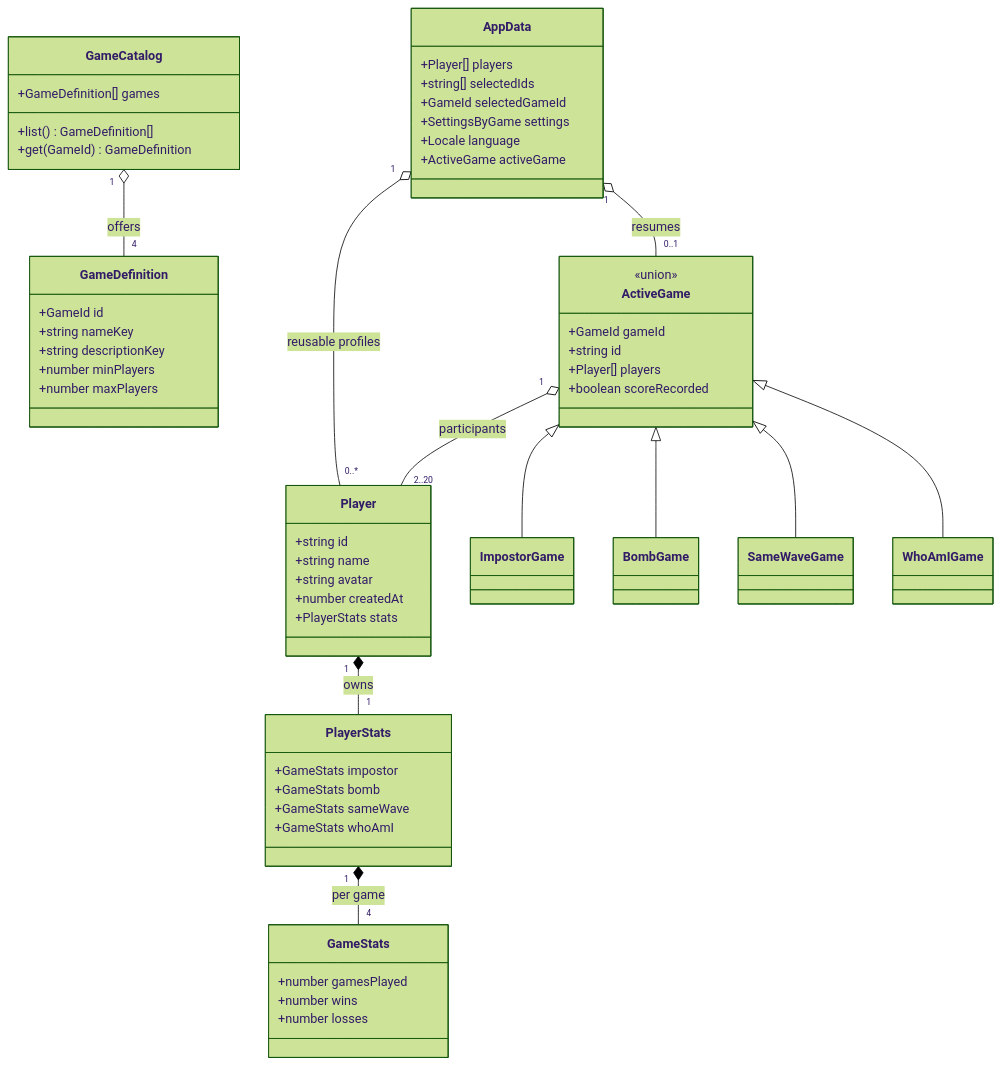
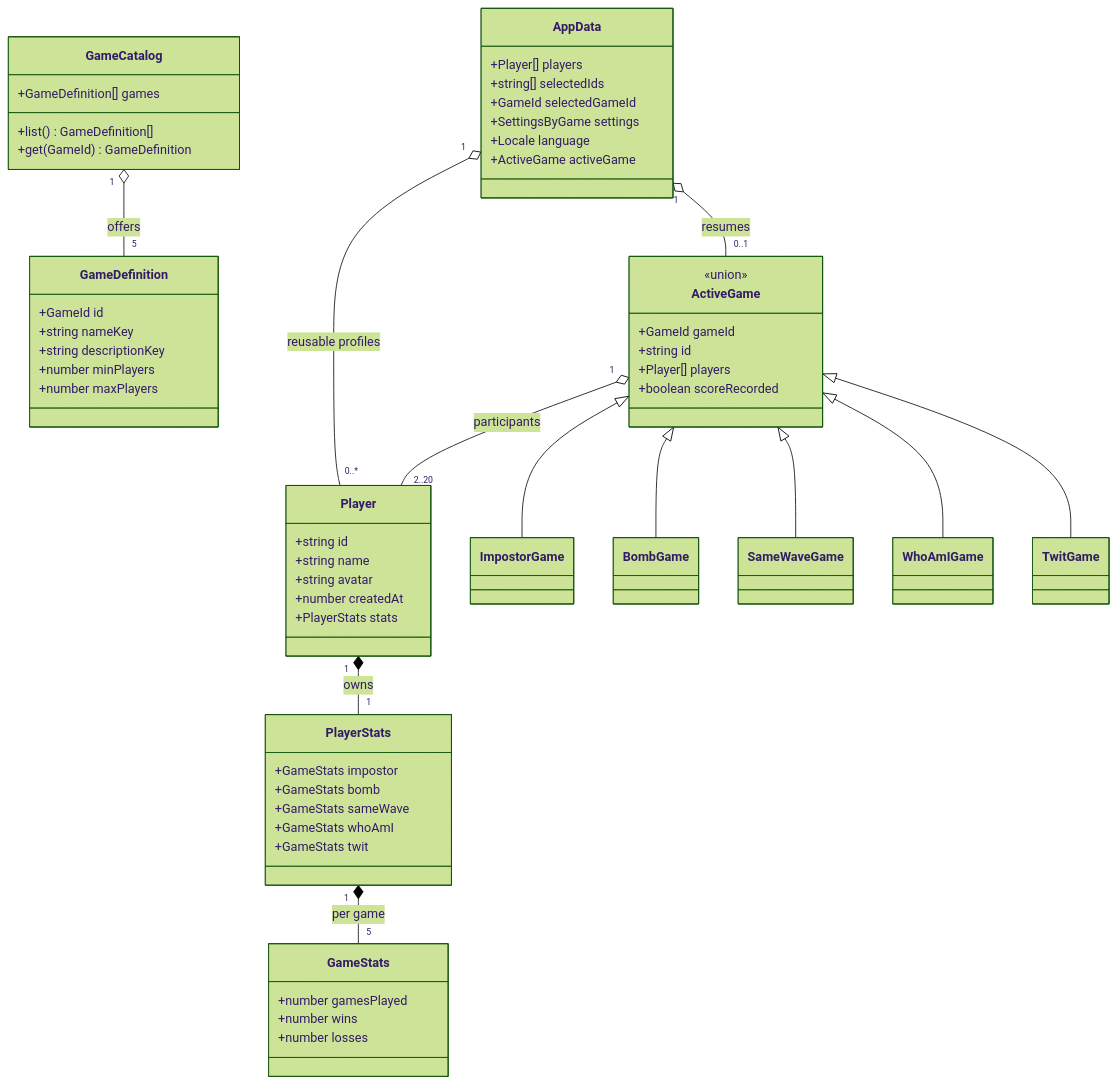
The diagram in kb/catalog-design.md (LucaSforza/ImpostorGame), drawn with Mermaid (forest theme) before and after one commit. The commit also changed other lines of this file and 25 other files, not shown here.

````diff
--- a/kb/catalog-design.md
+++ b/kb/catalog-design.md
@@ -11,63 +11,66 @@
 ```mermaid
 classDiagram
   class GameCatalog {
     +GameDefinition[] games
     +list() GameDefinition[]
     +get(GameId) GameDefinition
   }
   class GameDefinition {
     +GameId id
     +string nameKey
     +string descriptionKey
     +number minPlayers
     +number maxPlayers
   }
   class AppData {
     +Player[] players
     +string[] selectedIds
     +GameId selectedGameId
     +SettingsByGame settings
     +Locale language
     +ActiveGame activeGame
   }
   class Player {
     +string id
     +string name
     +string avatar
     +number createdAt
     +PlayerStats stats
   }
   class PlayerStats {
     +GameStats impostor
     +GameStats bomb
     +GameStats sameWave
     +GameStats whoAmI
+    +GameStats twit
   }
   class GameStats {
     +number gamesPlayed
     +number wins
     +number losses
   }
   class ActiveGame {
     <<union>>
     +GameId gameId
     +string id
     +Player[] players
     +boolean scoreRecorded
   }
   class ImpostorGame
   class BombGame
   class SameWaveGame
   class WhoAmIGame
+  class TwitGame
 
-  GameCatalog "1" o-- "4" GameDefinition : offers
+  GameCatalog "1" o-- "5" GameDefinition : offers
   AppData "1" o-- "0..*" Player : reusable profiles
   Player "1" *-- "1" PlayerStats : owns
-  PlayerStats "1" *-- "4" GameStats : per game
+  PlayerStats "1" *-- "5" GameStats : per game
   AppData "1" o-- "0..1" ActiveGame : resumes
   ActiveGame <|-- ImpostorGame
   ActiveGame <|-- BombGame
   ActiveGame <|-- SameWaveGame
   ActiveGame <|-- WhoAmIGame
+  ActiveGame <|-- TwitGame
   ActiveGame "1" o-- "2..20" Player : participants
 ```
````
